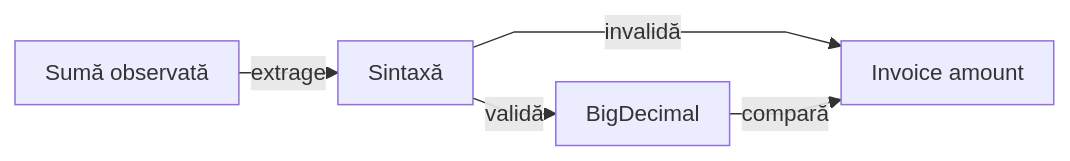
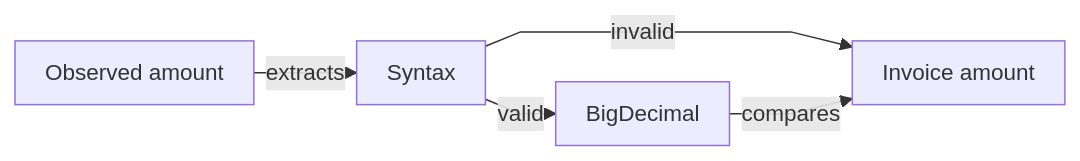
Before and after one commit to crististefanita/atf_j0: the fifth of 14 diagrams in atf-test-auto-ex/README.md, drawn with Mermaid. The commit also changed other lines of this file and 113 other files, not shown here.

````diff
--- a/atf-test-auto-ex/README.md
+++ b/atf-test-auto-ex/README.md
@@ -670,8 +700,8 @@
 ```mermaid
 %%{init: {"themeVariables":{"fontSize":"15px"},"themeCSS":".nodeLabel, .nodeLabel p { font-size: 15px !important; line-height: 1.35 !important; } .edgeLabel, .edgeLabel p { font-size: 12px !important; font-weight: 400 !important; line-height: 1.2 !important; } .edgeLabel .labelBkg, .edgeLabel p { background: transparent !important; } .edgeLabel foreignObject { transform: translateY(-18px); overflow: visible; } .node rect { rx: 6px; ry: 6px; }","flowchart":{"curve":"linear","nodeSpacing":24,"rankSpacing":16,"padding":10,"diagramPadding":16}}}%%
 flowchart LR
-    Amount["Sumă observată"] -->|extrage| Syntax["Sintaxă"]
-    Syntax -->|validă| Value["BigDecimal"]
-    Syntax -->|invalidă| Check["Invoice amount"]
-    Value -->|compară| Check
+    Amount["Observed amount"] -->|extracts| Syntax["Syntax"]
+    Syntax -->|valid| Value["BigDecimal"]
+    Syntax -->|invalid| Check["Invoice amount"]
+    Value -->|compares| Check
 ```
````
